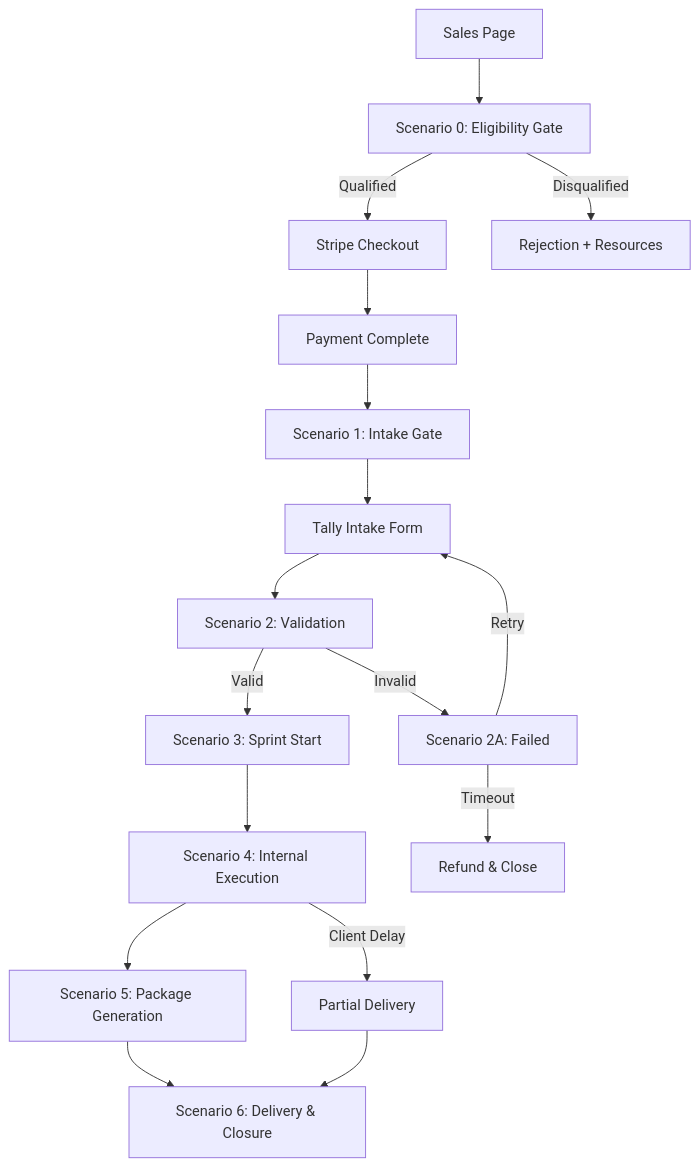
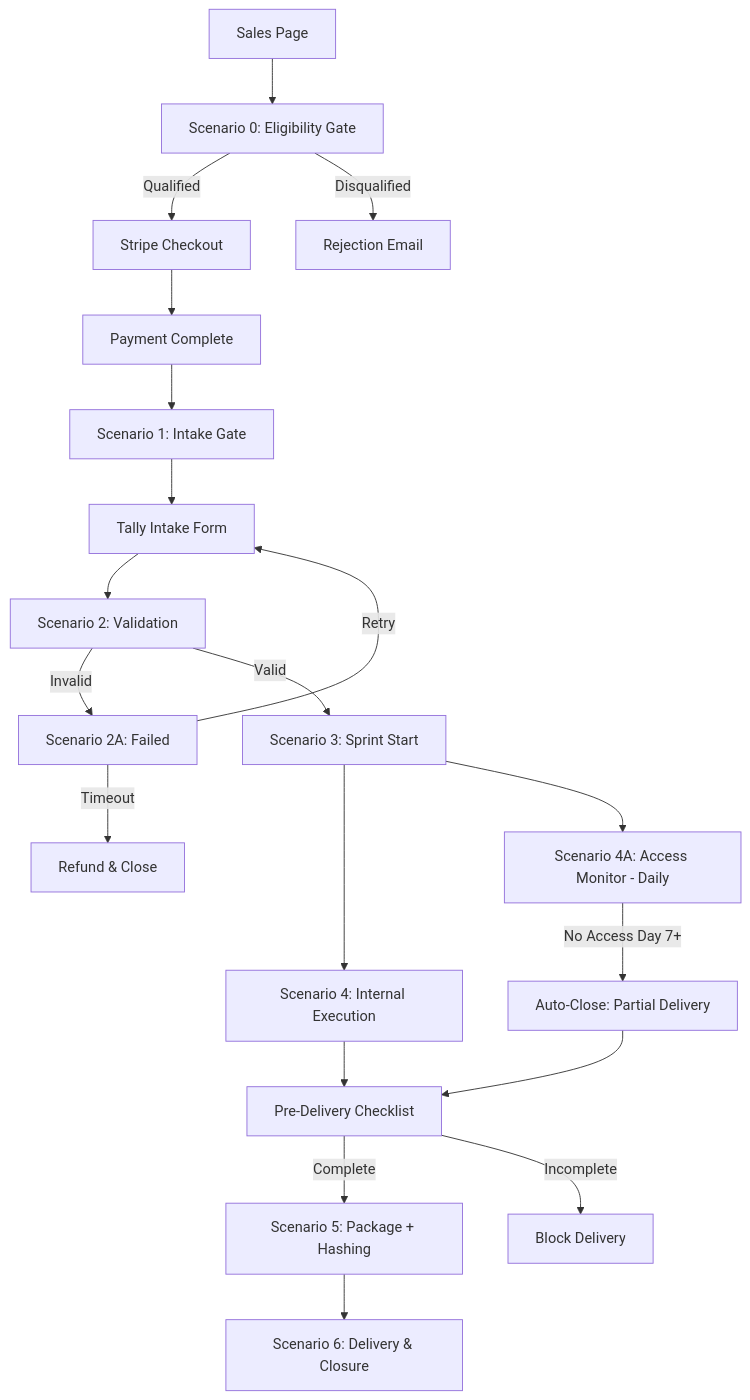
One commit to CrisisCore-Systems/node-null-control changed the eighth of 8 diagrams in automation/service_wiring.md. Above: the diagram before and after it, drawn with Mermaid. The commit also changed other lines of this file and 4 other files, not shown here.

Commit message:
Add hardening features: pre-delivery checklist, artifact hashing, client delay kill switch

````diff
--- a/automation/service_wiring.md
+++ b/automation/service_wiring.md
@@ -522,21 +668,23 @@
 ```mermaid
 flowchart TD
     Sales[Sales Page] --> S0[Scenario 0: Eligibility Gate]
     S0 -->|Qualified| Checkout[Stripe Checkout]
-    S0 -->|Disqualified| Reject[Rejection + Resources]
+    S0 -->|Disqualified| Reject[Rejection Email]
     Checkout --> Payment[Payment Complete]
     Payment --> S1[Scenario 1: Intake Gate]
     S1 --> Intake[Tally Intake Form]
     Intake --> S2[Scenario 2: Validation]
     S2 -->|Invalid| S2A[Scenario 2A: Failed]
     S2 -->|Valid| S3[Scenario 3: Sprint Start]
     S3 --> S4[Scenario 4: Internal Execution]
-    S4 --> S5[Scenario 5: Package Generation]
+    S3 --> S4A[Scenario 4A: Access Monitor - Daily]
+    S4A -->|No Access Day 7+| AutoClose[Auto-Close: Partial Delivery]
+    S4 --> PreCheck[Pre-Delivery Checklist]
+    AutoClose --> PreCheck
+    PreCheck -->|Complete| S5[Scenario 5: Package + Hashing]
+    PreCheck -->|Incomplete| Block[Block Delivery]
     S5 --> S6[Scenario 6: Delivery & Closure]
     
     S2A -->|Retry| Intake
     S2A -->|Timeout| Refund[Refund & Close]
-    
-    S4 -->|Client Delay| Partial[Partial Delivery]
-    Partial --> S6
 ```
````
